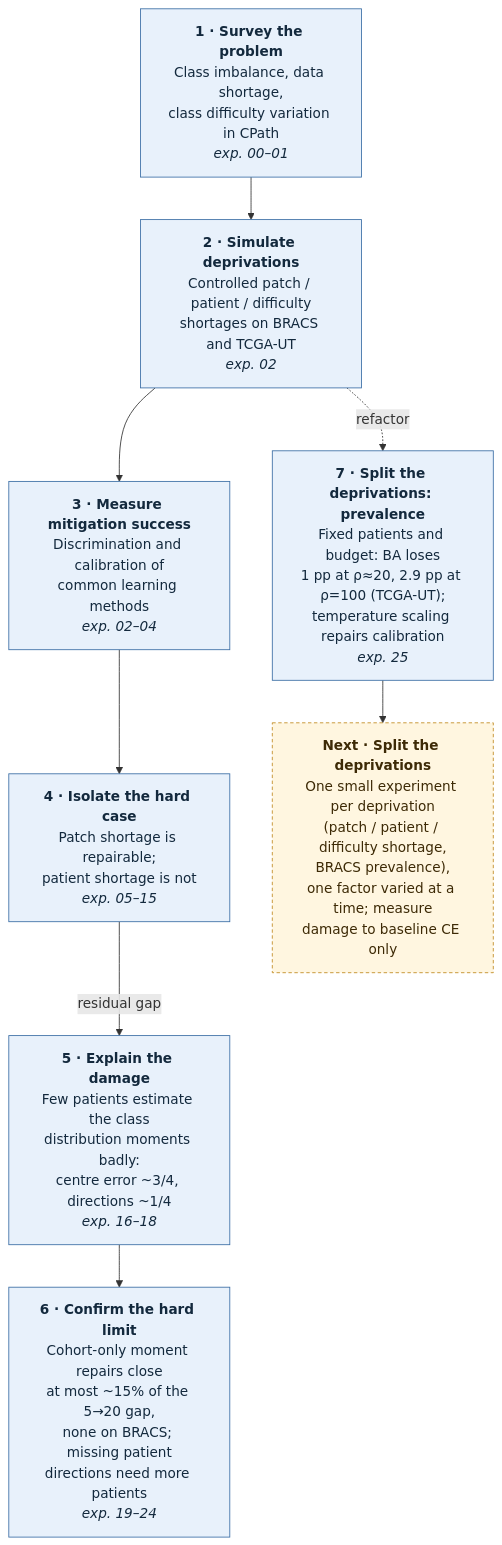
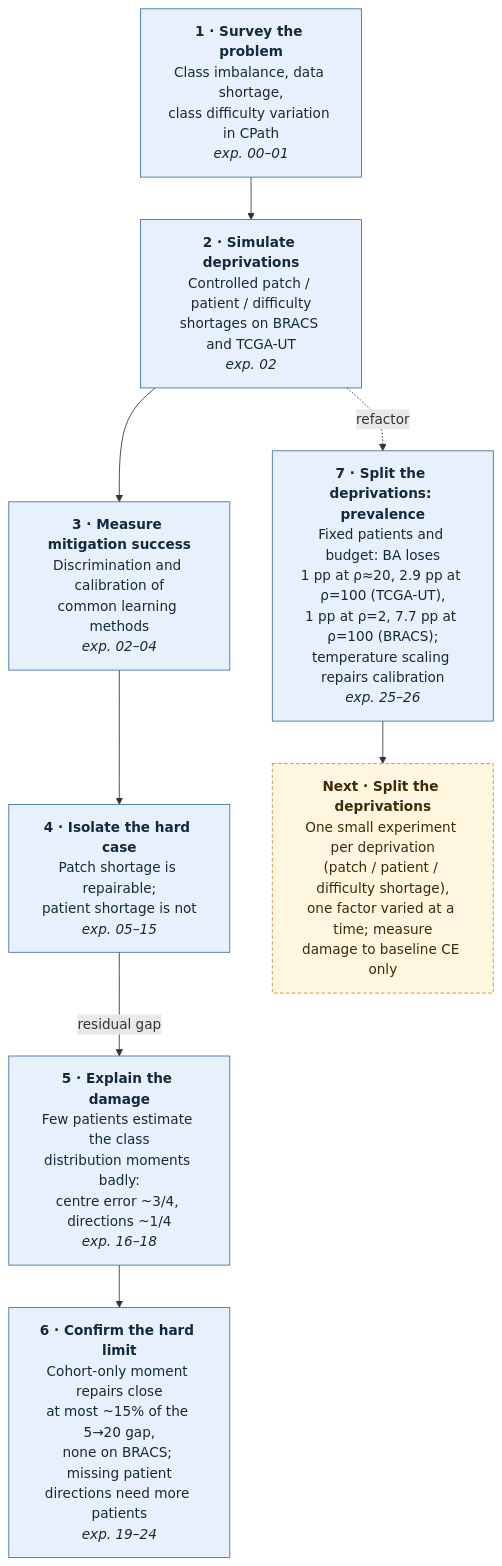
One commit to devWhyqueue/master-thesis changed the diagram in README.md. Above: the diagram before and after it, drawn with Mermaid. The commit also changed 10 other files, not shown here.

Commit message:
docs(exp26): add BRACS prevalence imbalance report

````diff
--- a/README.md
+++ b/README.md
@@ -7,20 +7,20 @@
 ```mermaid
 flowchart TD
     S1["<b>1 · Survey the problem</b><br/>Class imbalance, data shortage,<br/>class difficulty variation in CPath<br/><i>exp. 00–01</i>"]
     S2["<b>2 · Simulate deprivations</b><br/>Controlled patch / patient / difficulty<br/>shortages on BRACS and TCGA-UT<br/><i>exp. 02</i>"]
     S3["<b>3 · Measure mitigation success</b><br/>Discrimination and calibration of<br/>common learning methods<br/><i>exp. 02–04</i>"]
     S4["<b>4 · Isolate the hard case</b><br/>Patch shortage is repairable;<br/>patient shortage is not<br/><i>exp. 05–15</i>"]
     S5["<b>5 · Explain the damage</b><br/>Few patients estimate the class<br/>distribution moments badly:<br/>centre error ~3/4, directions ~1/4<br/><i>exp. 16–18</i>"]
     S6["<b>6 · Confirm the hard limit</b><br/>Cohort-only moment repairs close<br/>at most ~15% of the 5→20 gap,<br/>none on BRACS; missing patient<br/>directions need more patients<br/><i>exp. 19–24</i>"]
 
-    S7["<b>7 · Split the deprivations: prevalence</b><br/>Fixed patients and budget: BA loses<br/>1 pp at ρ≈20, 2.9 pp at ρ=100 (TCGA-UT);<br/>temperature scaling repairs calibration<br/><i>exp. 25</i>"]
-    N1["<b>Next · Split the deprivations</b><br/>One small experiment per deprivation<br/>(patch / patient / difficulty shortage,<br/>BRACS prevalence),<br/>one factor varied at a time; measure<br/>damage to baseline CE only"]
+    S7["<b>7 · Split the deprivations: prevalence</b><br/>Fixed patients and budget: BA loses<br/>1 pp at ρ≈20, 2.9 pp at ρ=100 (TCGA-UT),<br/>1 pp at ρ=2, 7.7 pp at ρ=100 (BRACS);<br/>temperature scaling repairs calibration<br/><i>exp. 25–26</i>"]
+    N1["<b>Next · Split the deprivations</b><br/>One small experiment per deprivation<br/>(patch / patient / difficulty shortage),<br/>one factor varied at a time; measure<br/>damage to baseline CE only"]
 
     S1 --> S2 --> S3 --> S4 -- "residual gap" --> S5 --> S6
     S2 -. "refactor" .-> S7 --> N1
 
     classDef done fill:#e8f1fb,stroke:#3b6ea5,stroke-width:1px,color:#13293d;
     classDef next fill:#fff6e0,stroke:#c08a1e,stroke-width:1px,stroke-dasharray:4 3,color:#3d2a06;
     class S1,S2,S3,S4,S5,S6,S7 done;
     class N1 next;
 ```
````
